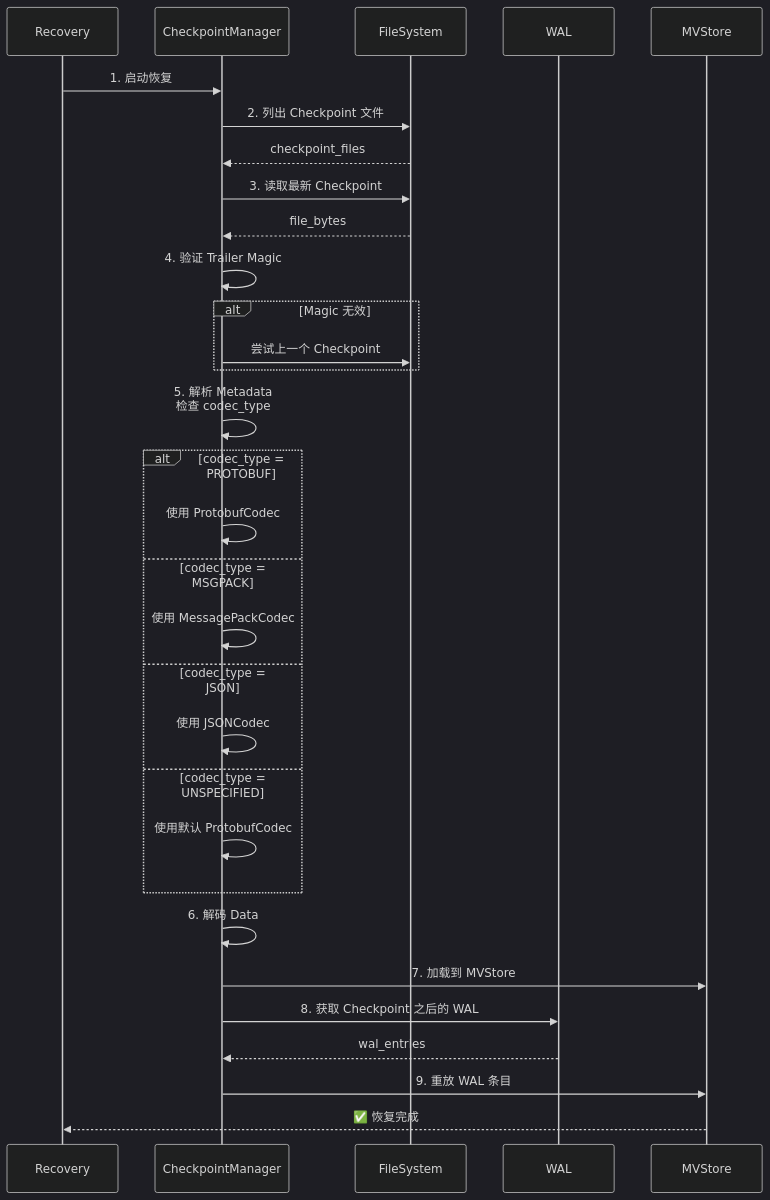
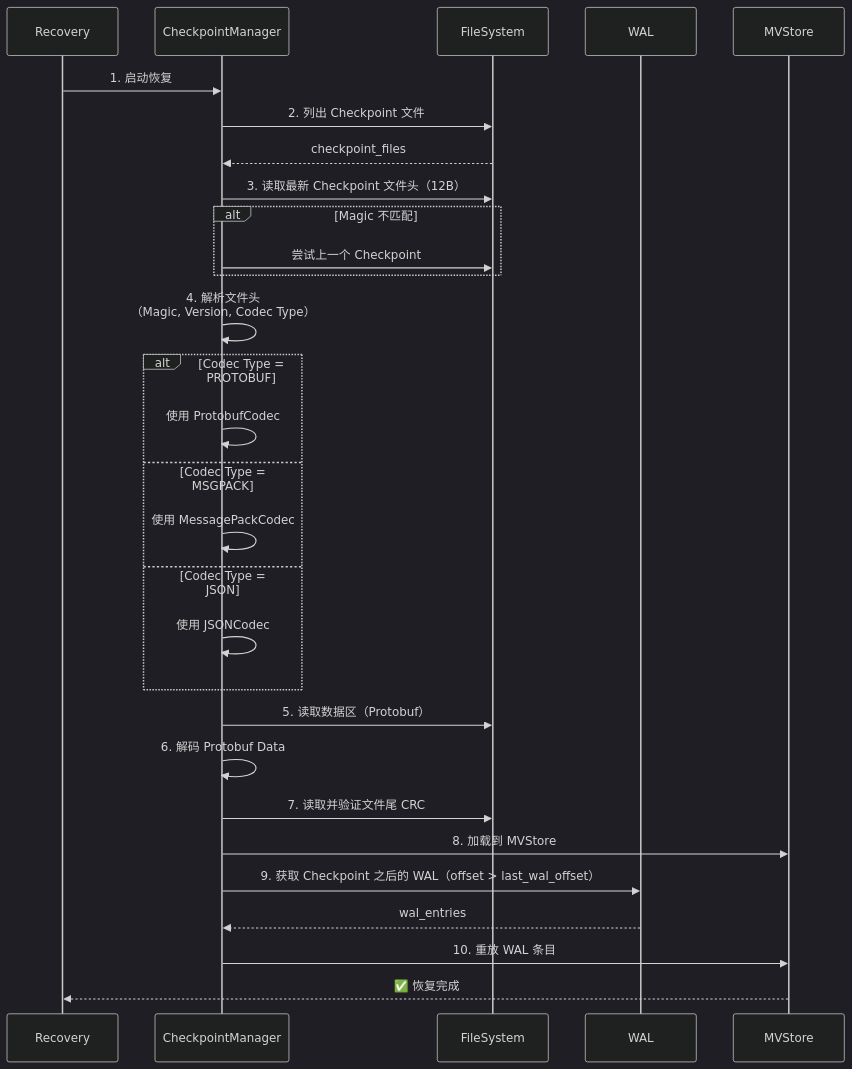
Before and after one commit to jzhang405/NexKV: the sixth of 8 diagrams in docs/06_project_management/pr_documents/feature/2026-01-19_PR-003_WAL_Checkpoint_机制实现_Pre.md, drawn with Mermaid (dark theme). The commit also changed other lines of this file, not shown here.

First line of the commit message:
docs(pr-003): 统一 Checkpoint 文件格式为三段式

````diff
--- a/docs/06_project_management/pr_documents/feature/2026-01-19_PR-003_WAL_Checkpoint_机制实现_Pre.md
+++ b/docs/06_project_management/pr_documents/feature/2026-01-19_PR-003_WAL_Checkpoint_机制实现_Pre.md
@@ -297,44 +320,43 @@
 ```mermaid
 sequenceDiagram
     participant R as Recovery
     participant CM as CheckpointManager
     participant FS as FileSystem
     participant WAL as WAL
     participant MV as MVStore
 
     R->>CM: 1. 启动恢复
 
     CM->>FS: 2. 列出 Checkpoint 文件
     FS-->>CM: checkpoint_files
 
-    CM->>FS: 3. 读取最新 Checkpoint
-    FS-->>CM: file_bytes
+    CM->>FS: 3. 读取最新 Checkpoint 文件头（12B）
 
-    CM->>CM: 4. 验证 Trailer Magic
-    alt Magic 无效
+    alt Magic 不匹配
         CM->>FS: 尝试上一个 Checkpoint
     end
 
-    CM->>CM: 5. 解析 Metadata<br/>检查 codec_type
+    CM->>CM: 4. 解析文件头<br/>（Magic, Version, Codec Type）
 
-    alt codec_type = PROTOBUF
+    alt Codec Type = PROTOBUF
         CM->>CM: 使用 ProtobufCodec
-    else codec_type = MSGPACK
+    else Codec Type = MSGPACK
         CM->>CM: 使用 MessagePackCodec
-    else codec_type = JSON
+    else Codec Type = JSON
         CM->>CM: 使用 JSONCodec
-    else codec_type = UNSPECIFIED
-        CM->>CM: 使用默认 ProtobufCodec
     end
 
-    CM->>CM: 6. 解码 Data
+    CM->>FS: 5. 读取数据区（Protobuf）
+    CM->>CM: 6. 解码 Protobuf Data
 
-    CM->>MV: 7. 加载到 MVStore
+    CM->>FS: 7. 读取并验证文件尾 CRC
 
-    CM->>WAL: 8. 获取 Checkpoint 之后的 WAL
+    CM->>MV: 8. 加载到 MVStore
+
+    CM->>WAL: 9. 获取 Checkpoint 之后的 WAL（offset > last_wal_offset）
     WAL-->>CM: wal_entries
 
-    CM->>MV: 9. 重放 WAL 条目
+    CM->>MV: 10. 重放 WAL 条目
 
     MV-->>R: ✅ 恢复完成
 ```
````
